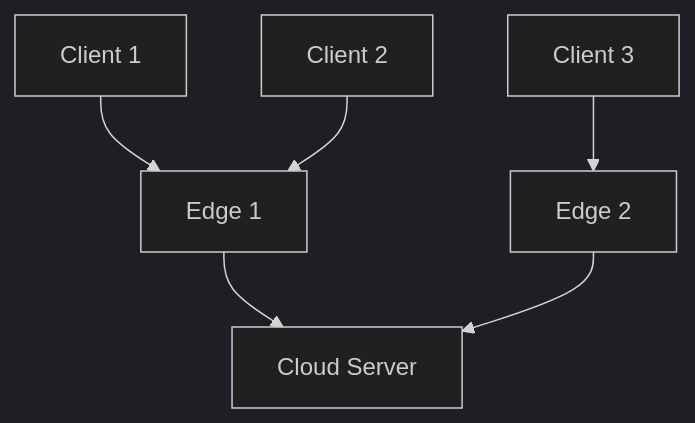
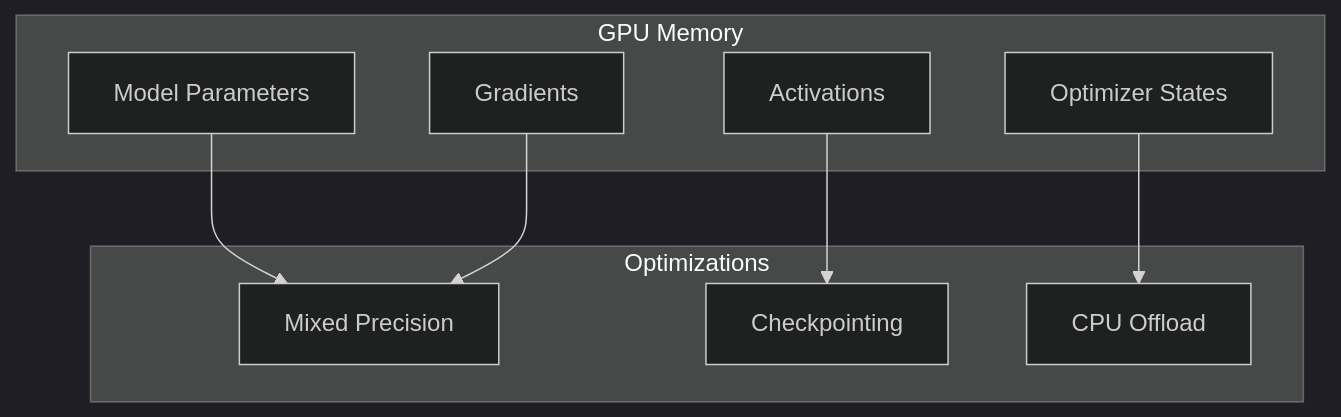
The first of 2 diagrams in docs/tutorials/tutorial_101.md (olaflaitinen/unbitrium), drawn with Mermaid (dark theme) before and after one commit. The commit also changed other lines of this file and 298 other files, not shown here.

````diff
--- a/docs/tutorials/tutorial_101.md
+++ b/docs/tutorials/tutorial_101.md
@@ -22,8 +84,20 @@
 ```mermaid
-graph TD
-    C1[Client 1] --> E1[Edge 1]
-    C2[Client 2] --> E1
-    C3[Client 3] --> E2[Edge 2]
-    E1 --> Cloud[Cloud Server]
-    E2 --> Cloud
+graph TB
+    subgraph "GPU Memory"
+        MODEL[Model Parameters]
+        GRAD[Gradients]
+        ACT[Activations]
+        OPT[Optimizer States]
+    end
+
+    subgraph "Optimizations"
+        MIXED[Mixed Precision]
+        CKPT[Checkpointing]
+        OFFLOAD[CPU Offload]
+    end
+
+    MODEL --> MIXED
+    GRAD --> MIXED
+    ACT --> CKPT
+    OPT --> OFFLOAD
 ```
````
